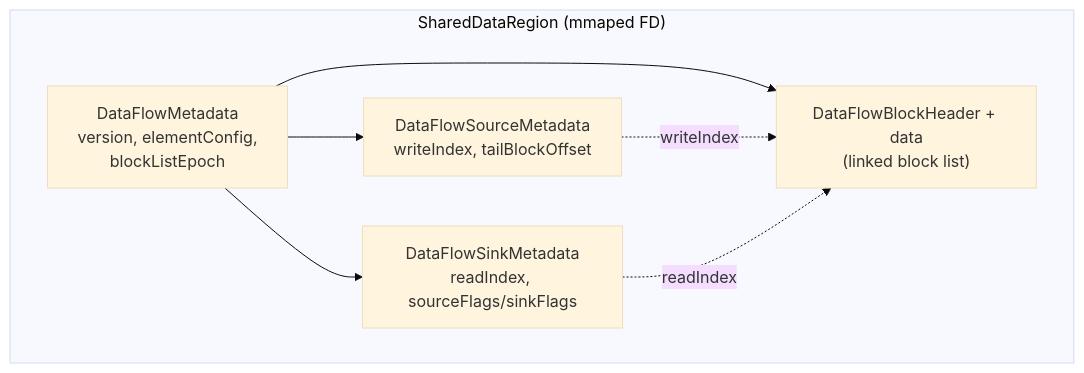
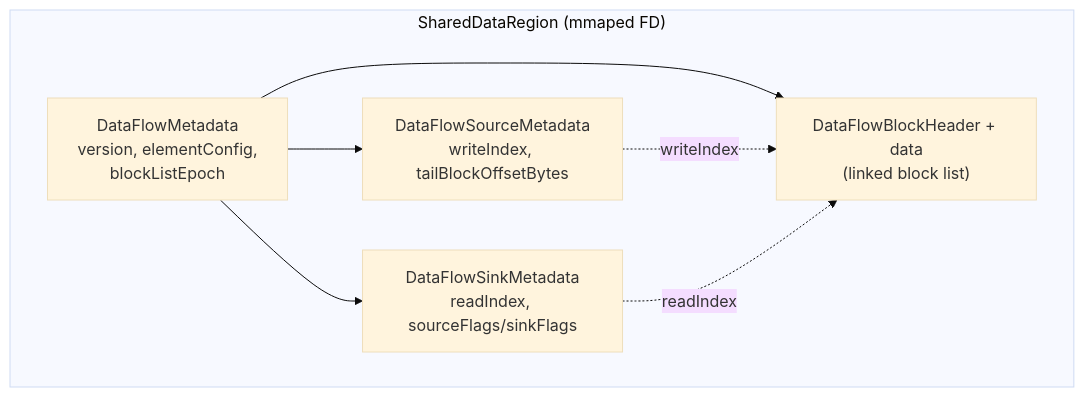
One commit to aospbooks/aosp-internal-book changed diagram 24 of 24 in agents/claude/skills/aosp-native-services-and-media/17-sensors.md. Above: the diagram before and after it, drawn with Mermaid (base theme). The commit also changed other lines of this file and 218 other files, not shown here.

````diff
--- a/agents/claude/skills/aosp-native-services-and-media/17-sensors.md
+++ b/agents/claude/skills/aosp-native-services-and-media/17-sensors.md
@@ -2219,14 +2293,14 @@
 ```mermaid
 graph TB
     subgraph "SharedDataRegion (mmaped FD)"
         META["DataFlowMetadata<br/>version, elementConfig,<br/>blockListEpoch"]
-        SRC["DataFlowSourceMetadata<br/>writeIndex, tailBlockOffset"]
+        SRC["DataFlowSourceMetadata<br/>writeIndex, tailBlockOffsetBytes"]
         SNKM["DataFlowSinkMetadata<br/>readIndex, sourceFlags/sinkFlags"]
         BLK["DataFlowBlockHeader + data<br/>(linked block list)"]
     end
     META --> SRC
     META --> SNKM
     META --> BLK
     SRC -.->|writeIndex| BLK
     SNKM -.->|readIndex| BLK
 ```
````
